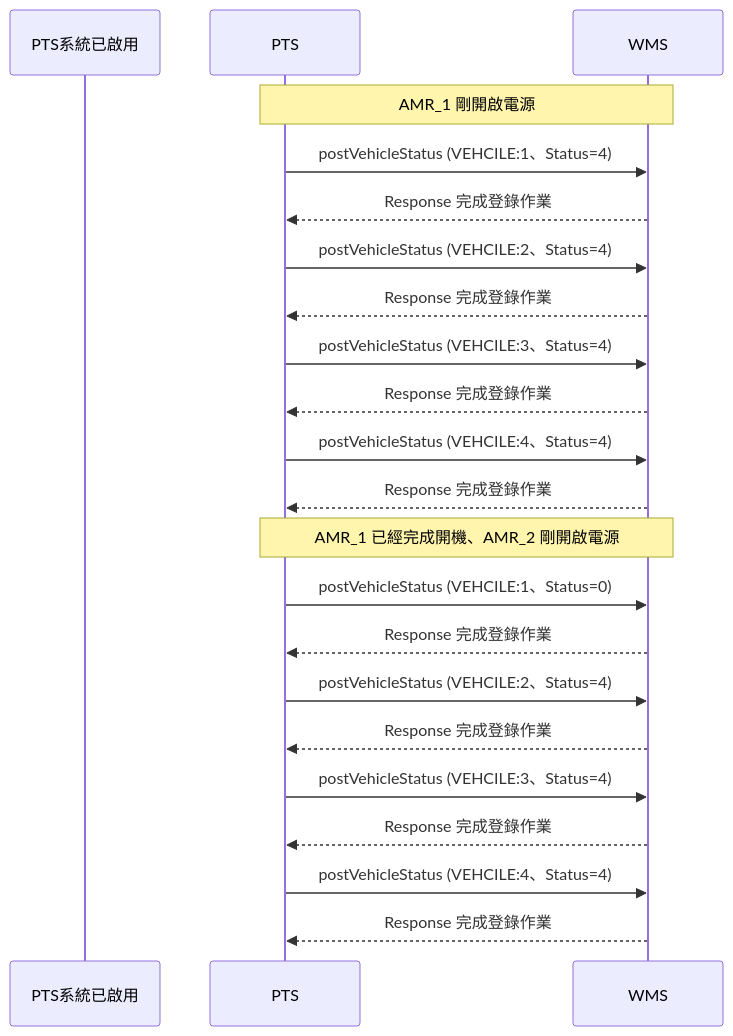
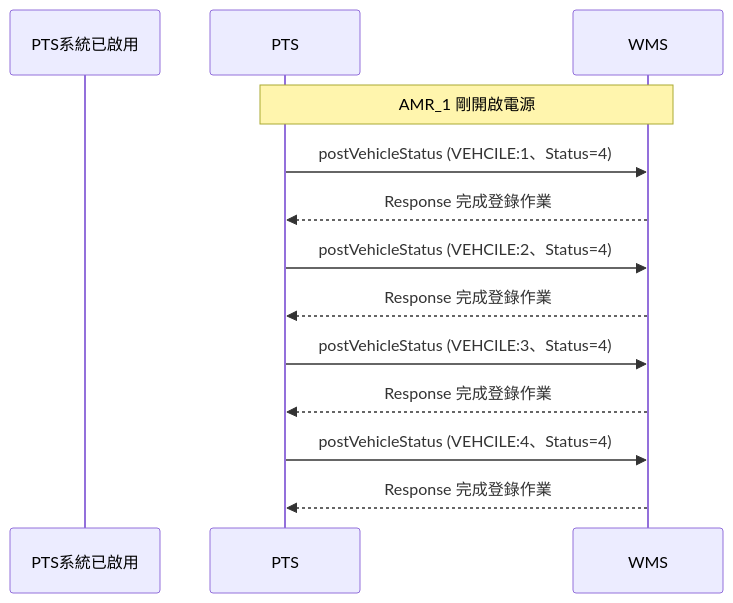
The fifth of 5 diagrams in README.md (athena-tircgo/amr-wms-lsj), drawn with Mermaid before and after one commit.

````diff
--- a/README.md
+++ b/README.md
@@ -309,28 +309,20 @@
 ```mermaid
 sequenceDiagram
     participant PTS系統已啟用
     participant PTS
     participant WMS
 
     note over PTS,WMS: AMR_1 剛開啟電源
         PTS->>WMS: postVehicleStatus (VEHCILE:1、Status=4)
         WMS-->>PTS: Response 完成登錄作業
         PTS->>WMS: postVehicleStatus (VEHCILE:2、Status=4)
         WMS-->>PTS: Response 完成登錄作業
         PTS->>WMS: postVehicleStatus (VEHCILE:3、Status=4)
         WMS-->>PTS: Response 完成登錄作業
         PTS->>WMS: postVehicleStatus (VEHCILE:4、Status=4)
         WMS-->>PTS: Response 完成登錄作業
     
 
-    note over PTS,WMS: AMR_1 已經完成開機、AMR_2 剛開啟電源
-        PTS->>WMS: postVehicleStatus (VEHCILE:1、Status=0)
-        WMS-->>PTS: Response 完成登錄作業
-        PTS->>WMS: postVehicleStatus (VEHCILE:2、Status=4)
-        WMS-->>PTS: Response 完成登錄作業
-        PTS->>WMS: postVehicleStatus (VEHCILE:3、Status=4)
-        WMS-->>PTS: Response 完成登錄作業
-        PTS->>WMS: postVehicleStatus (VEHCILE:4、Status=4)
-        WMS-->>PTS: Response 完成登錄作業
+    
 
 ```
````
